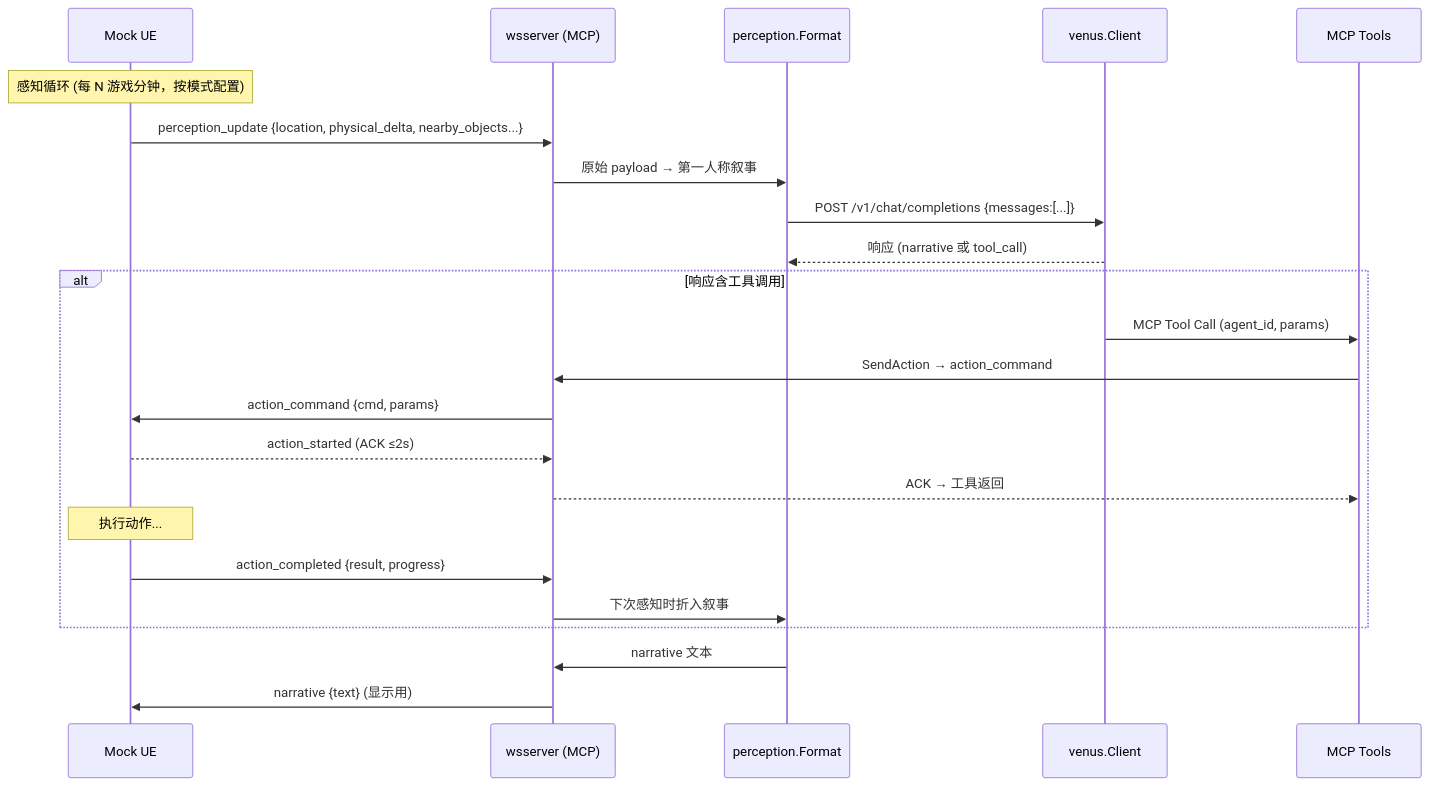
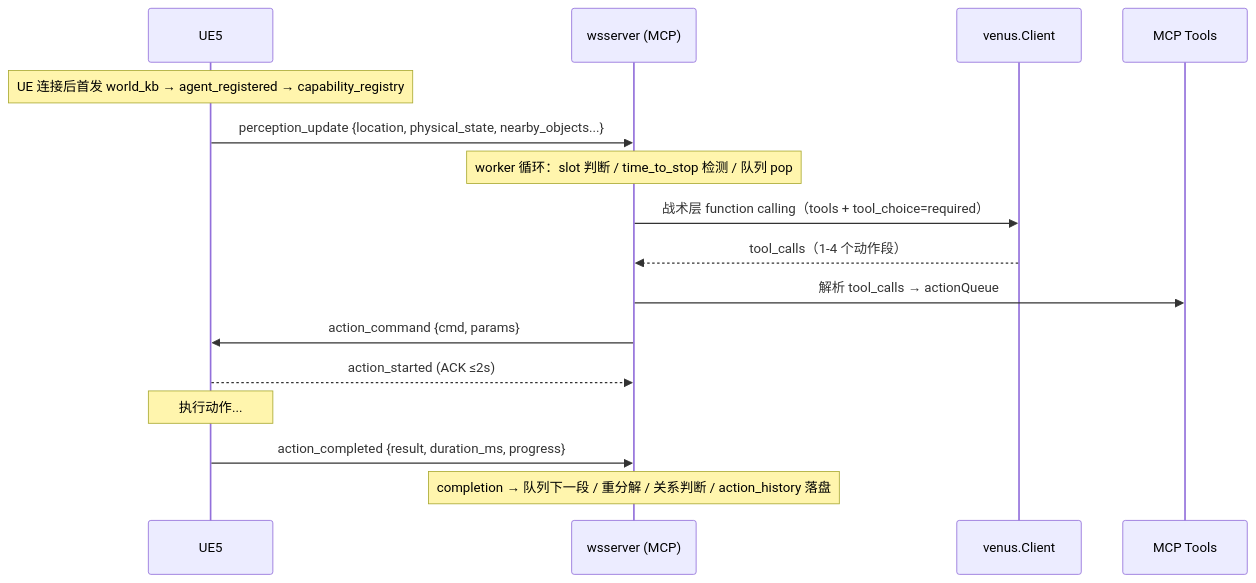
The third of 5 diagrams in CODEBUDDY.md (yitian-chen/SmartNPC), drawn with Mermaid before and after one commit. The commit also changed other lines of this file, not shown here.

````diff
--- a/CODEBUDDY.md
+++ b/CODEBUDDY.md
@@ -95,28 +105,19 @@
 ```mermaid
 sequenceDiagram
-    participant UE as Mock UE
+    participant UE as UE5
     participant WS as wsserver (MCP)
-    participant Fmt as perception.Format
     participant LLM as venus.Client
     participant Tools as MCP Tools
 
-    Note over UE: 感知循环 (每 N 游戏分钟，按模式配置)
-    UE->>WS: perception_update {location, physical_delta, nearby_objects...}
-    WS->>Fmt: 原始 payload → 第一人称叙事
-    Fmt->>LLM: POST /v1/chat/completions {messages:[...]}
-    LLM-->>Fmt: 响应 (narrative 或 tool_call)
-    
-    alt 响应含工具调用
-        LLM->>Tools: MCP Tool Call (agent_id, params)
-        Tools->>WS: SendAction → action_command
-        WS->>UE: action_command {cmd, params}
-        UE-->>WS: action_started (ACK ≤2s)
-        WS-->>Tools: ACK → 工具返回
-        Note over UE: 执行动作...
-        UE->>WS: action_completed {result, progress}
-        WS->>Fmt: 下次感知时折入叙事
-    end
-    
-    Fmt->>WS: narrative 文本
-    WS->>UE: narrative {text} (显示用)
+    Note over UE: UE 连接后首发 world_kb → agent_registered → capability_registry
+    UE->>WS: perception_update {location, physical_state, nearby_objects...}
+    Note over WS: worker 循环：slot 判断 / time_to_stop 检测 / 队列 pop
+    WS->>LLM: 战术层 function calling（tools + tool_choice=required）
+    LLM-->>WS: tool_calls（1-4 个动作段）
+    WS->>Tools: 解析 tool_calls → actionQueue
+    WS->>UE: action_command {cmd, params}
+    UE-->>WS: action_started (ACK ≤2s)
+    Note over UE: 执行动作...
+    UE->>WS: action_completed {result, duration_ms, progress}
+    Note over WS: completion → 队列下一段 / 重分解 / 关系判断 / action_history 落盘
 ```
````
